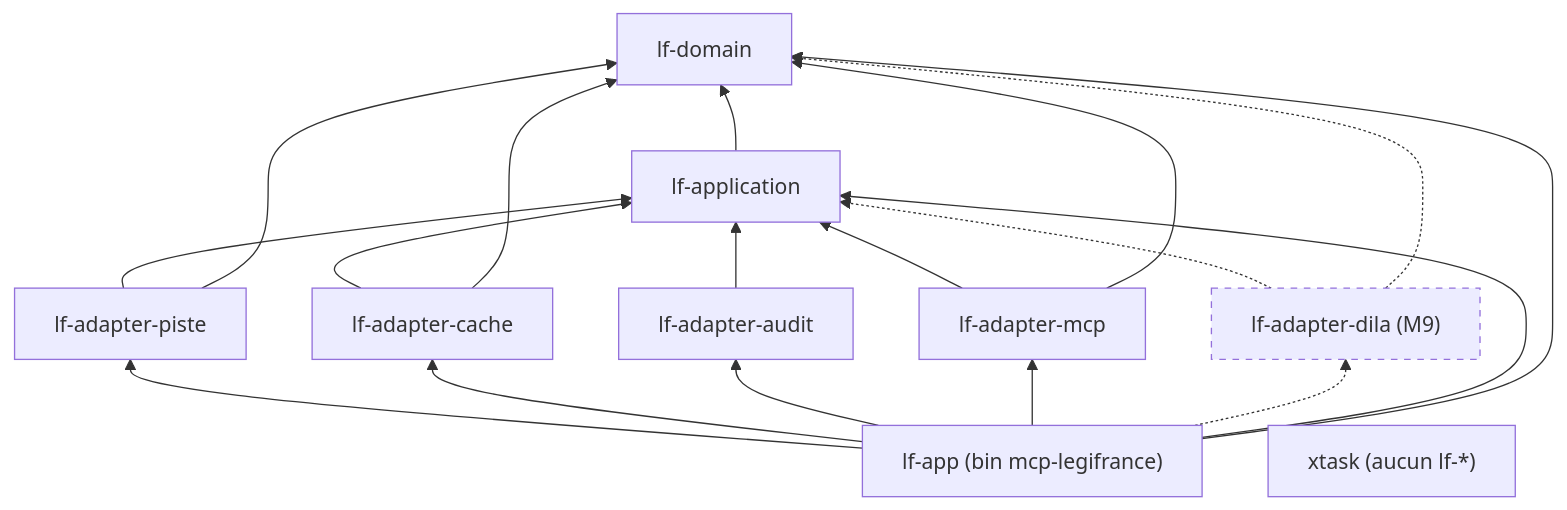
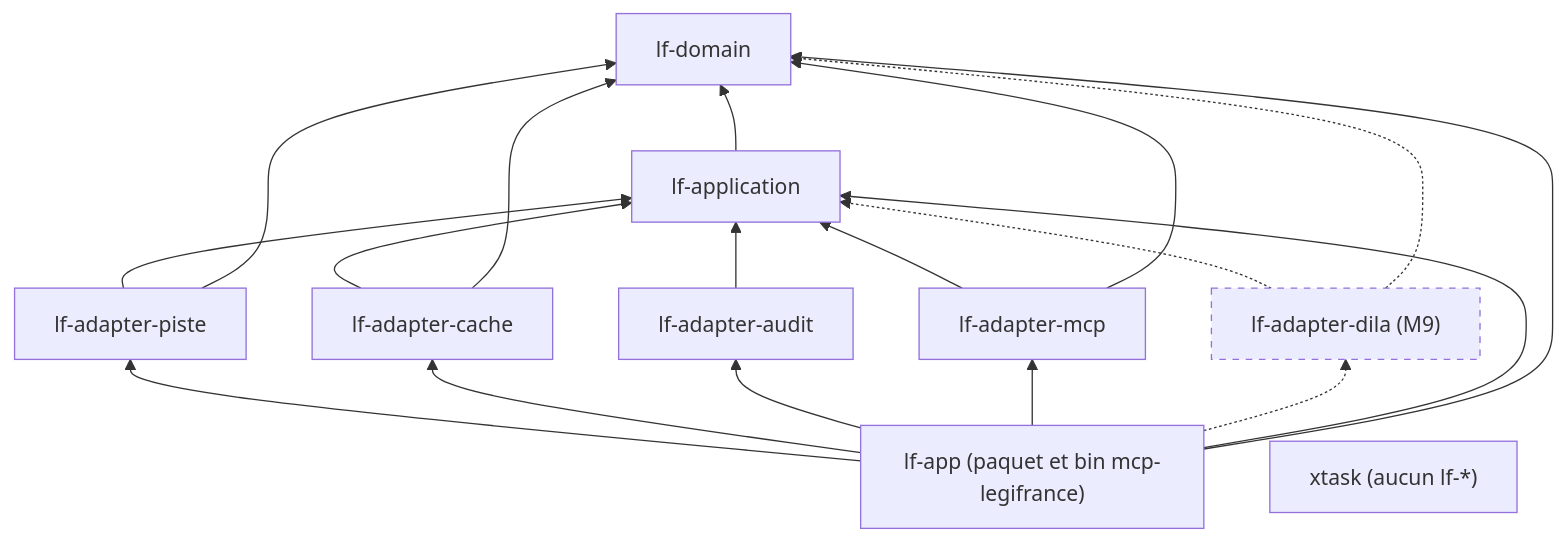
One commit to muchiny/mcp-legifrance changed the second of 3 diagrams in docs/plan/02-architecture.md. Above: the diagram before and after it, drawn with Mermaid. The commit also changed other lines of this file and 29 other files, not shown here.

````diff
--- a/docs/plan/02-architecture.md
+++ b/docs/plan/02-architecture.md
@@ -82,24 +84,24 @@
 ```mermaid
 flowchart BT
   domain["lf-domain"]
   application["lf-application"] --> domain
   piste["lf-adapter-piste"] --> application
   piste --> domain
   cache["lf-adapter-cache"] --> application
   cache --> domain
   audit["lf-adapter-audit"] --> application
   mcp["lf-adapter-mcp"] --> application
   mcp --> domain
   dila["lf-adapter-dila (M9)"] -.-> application
   dila -.-> domain
-  app["lf-app (bin mcp-legifrance)"] --> piste
+  app["lf-app (paquet et bin mcp-legifrance)"] --> piste
   app --> cache
   app --> audit
   app --> mcp
   app -.-> dila
   app --> application
   app --> domain
   xtask["xtask (aucun lf-*)"]
   classDef m9 stroke-dasharray: 5 5
   class dila m9
 ```
````
